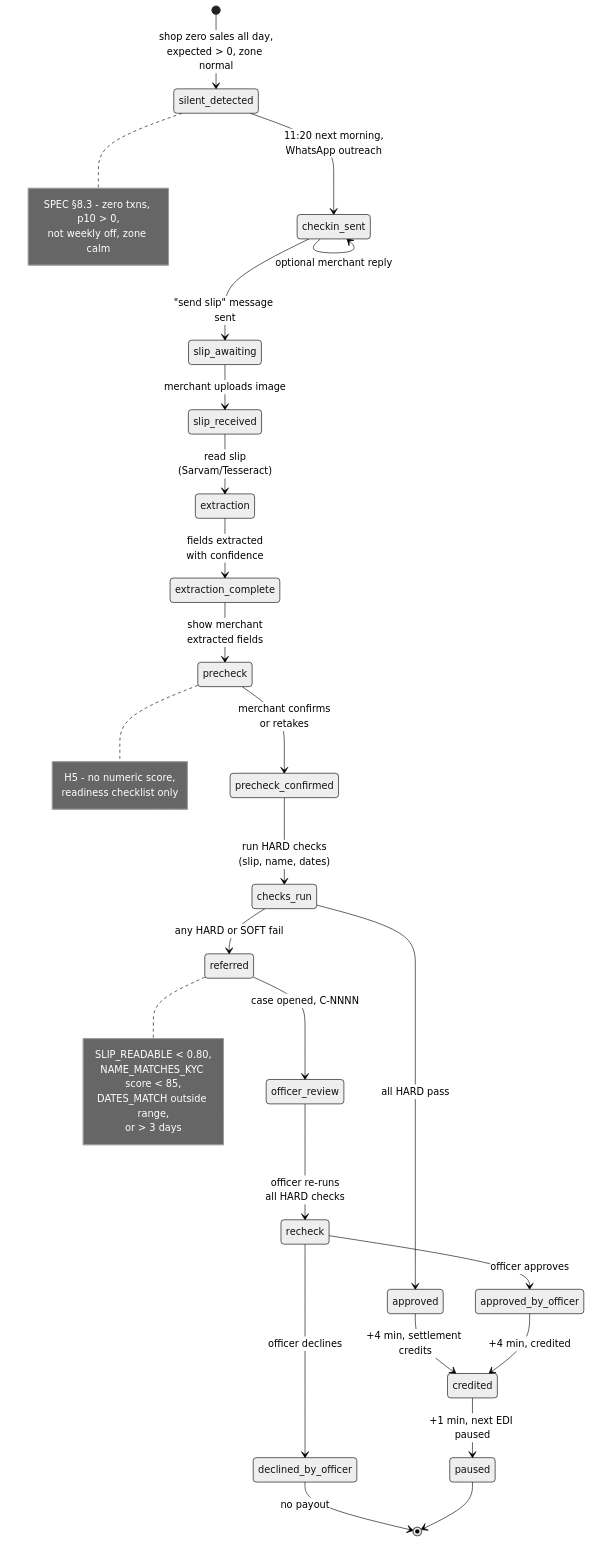
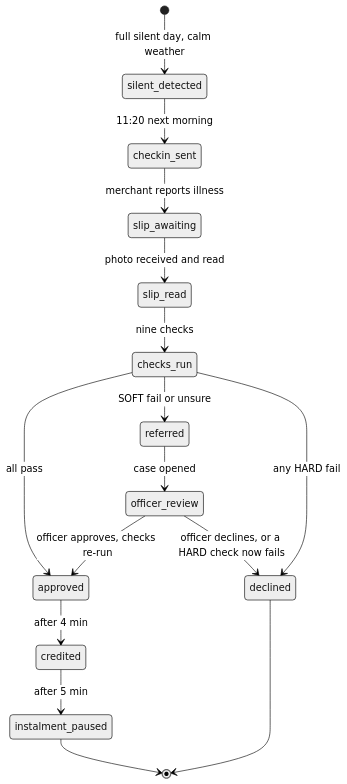
Before and after one commit to UjjwalPardeshi/Chhatri: the third of 4 diagrams in docs/02-product/feature-specs/fs-02-hospital-cash-claim.md, drawn with Mermaid (neutral theme). The commit also changed other lines of this file and 57 other files, not shown here.

````diff
--- a/docs/02-product/feature-specs/fs-02-hospital-cash-claim.md
+++ b/docs/02-product/feature-specs/fs-02-hospital-cash-claim.md
@@ -126,40 +196,18 @@
 ```mermaid
 stateDiagram-v2
-    [*] --> silent_detected: shop zero sales all day,<br/>expected > 0, zone normal
-    
-    silent_detected --> checkin_sent: 11:20 next morning,<br/>WhatsApp outreach
-    checkin_sent --> checkin_sent: optional merchant reply
-    
-    checkin_sent --> slip_awaiting: "send slip" message sent
-    slip_awaiting --> slip_received: merchant uploads image
-    
-    slip_received --> extraction: read slip<br/>(Sarvam/Tesseract)
-    extraction --> extraction_complete: fields extracted<br/>with confidence
-    
-    extraction_complete --> precheck: show merchant<br/>extracted fields
-    precheck --> precheck_confirmed: merchant confirms<br/>or retakes
-    
-    precheck_confirmed --> checks_run: run HARD checks<br/>(slip, name, dates)
-    
-    checks_run --> approved: all HARD pass
-    checks_run --> referred: any HARD or SOFT fail
-    
-    approved --> credited: +4 min, settlement credits
-    referred --> officer_review: case opened, C-NNNN
-    
-    officer_review --> recheck: officer re-runs<br/>all HARD checks
-    recheck --> approved_by_officer: officer approves
-    recheck --> declined_by_officer: officer declines
-    
-    approved_by_officer --> credited: +4 min, credited
-    declined_by_officer --> [*]: no payout
-    
-    credited --> paused: +1 min, next EDI paused
-    paused --> [*]
-
-    Note right of silent_detected: SPEC §8.3 - zero txns, p10 > 0,<br/>not weekly off, zone calm
-    
-    Note right of precheck: H5 - no numeric score,<br/>readiness checklist only
-    
-    Note right of referred: SLIP_READABLE < 0.80,<br/>NAME_MATCHES_KYC score < 85,<br/>DATES_MATCH outside range,<br/>or > 3 days
+    [*] --> silent_detected: full silent day, calm weather
+    silent_detected --> checkin_sent: 11:20 next morning
+    checkin_sent --> slip_awaiting: merchant reports illness
+    slip_awaiting --> slip_read: photo received and read
+    slip_read --> checks_run: nine checks
+    checks_run --> approved: all pass
+    checks_run --> referred: SOFT fail or unsure
+    checks_run --> declined: any HARD fail
+    approved --> credited: after 4 min
+    credited --> instalment_paused: after 5 min
+    referred --> officer_review: case opened
+    officer_review --> approved: officer approves, checks re-run
+    officer_review --> declined: officer declines, or a HARD check now fails
+    declined --> [*]
+    instalment_paused --> [*]
 ```
````
